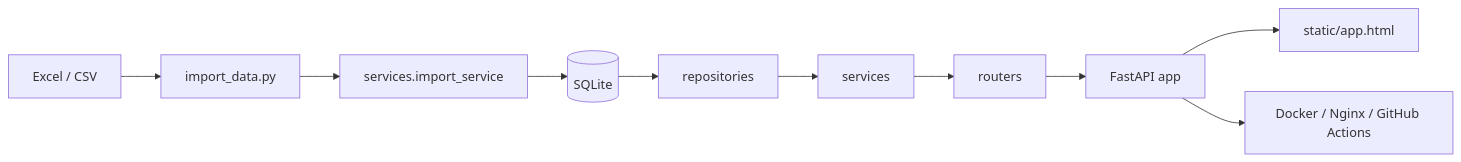
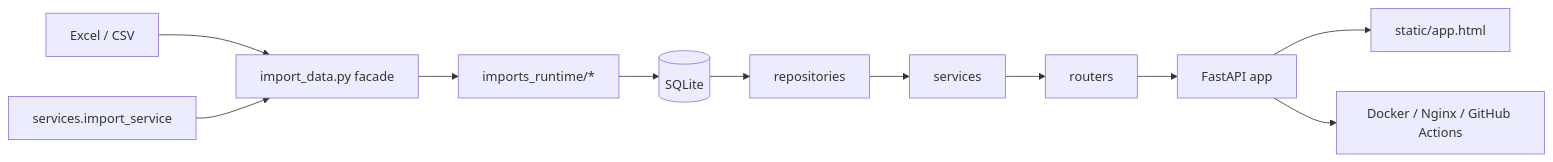
One commit to R-Li2002/Football-manager-online-league-Database changed the diagram in docs/PROJECT_MANUAL.md. Above: the diagram before and after it, drawn with Mermaid. The commit also changed other lines of this file and 29 other files, not shown here.

````diff
--- a/docs/PROJECT_MANUAL.md
+++ b/docs/PROJECT_MANUAL.md
@@ -48,12 +48,13 @@
 ```mermaid
 flowchart LR
-    A[Excel / CSV] --> B[import_data.py]
-    B --> C[services.import_service]
+    A[Excel / CSV] --> B[import_data.py facade]
+    E[services.import_service] --> B
+    B --> C[imports_runtime/*]
     C --> D[(SQLite)]
-    D --> E[repositories]
-    E --> F[services]
-    F --> G[routers]
-    G --> H[FastAPI app]
-    H --> I[static/app.html]
-    H --> J[Docker / Nginx / GitHub Actions]
+    D --> F[repositories]
+    F --> G[services]
+    G --> H[routers]
+    H --> I[FastAPI app]
+    I --> J[static/app.html]
+    I --> K[Docker / Nginx / GitHub Actions]
 ```
````
